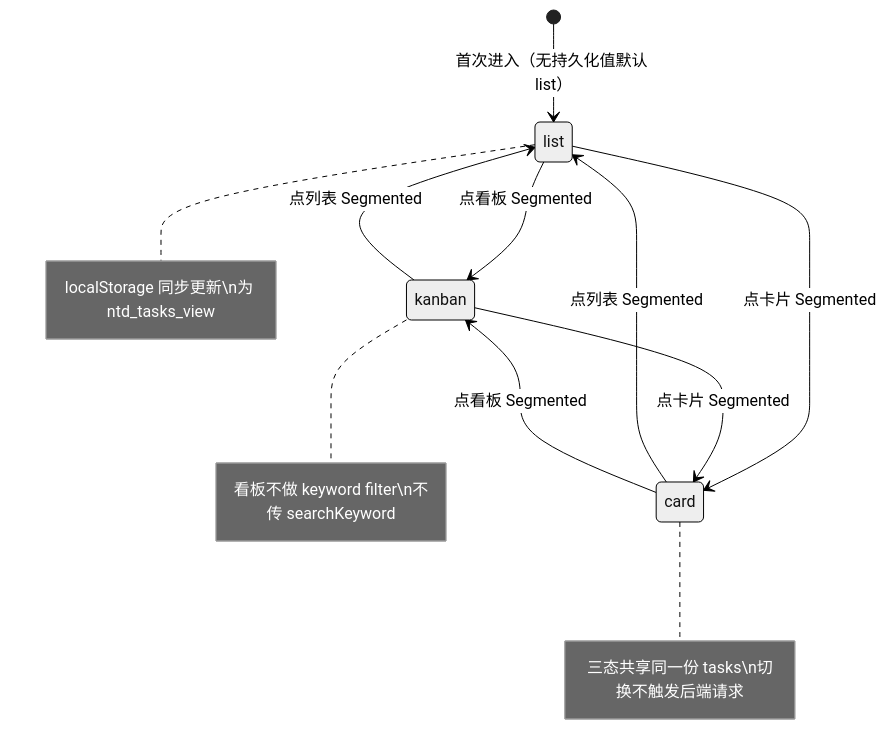
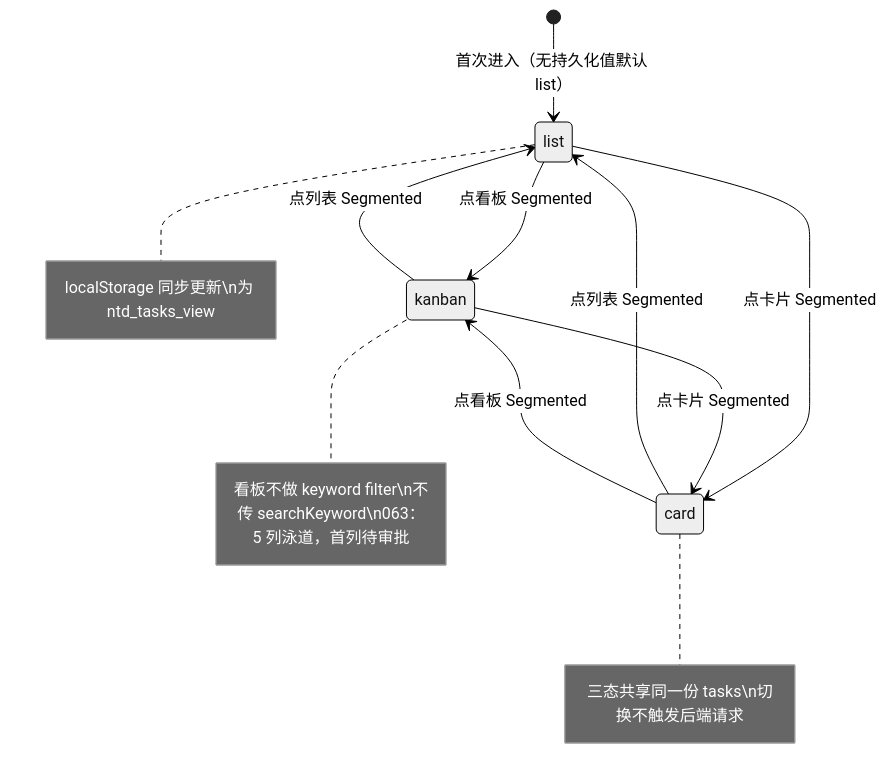
Before and after one commit to weibaohui/ntd: the fourth of 4 diagrams in frontend/src/help/pages/tasks-view-switch.md, drawn with Mermaid (neutral theme). The commit also changed other lines of this file and 12 other files, not shown here.

````diff
--- a/frontend/src/help/pages/tasks-view-switch.md
+++ b/frontend/src/help/pages/tasks-view-switch.md
@@ -84,13 +92,13 @@
 ```mermaid
 stateDiagram-v2
   [*] --> list: 首次进入（无持久化值默认 list）
   list --> kanban: 点看板 Segmented
   list --> card: 点卡片 Segmented
   kanban --> list: 点列表 Segmented
   kanban --> card: 点卡片 Segmented
   card --> list: 点列表 Segmented
   card --> kanban: 点看板 Segmented
   note right of list: localStorage 同步更新\n为 ntd_tasks_view
-  note right of kanban: 看板不做 keyword filter\n不传 searchKeyword
+  note right of kanban: 看板不做 keyword filter\n不传 searchKeyword\n063：5 列泳道，首列待审批
   note right of card: 三态共享同一份 tasks\n切换不触发后端请求
 ```
````
